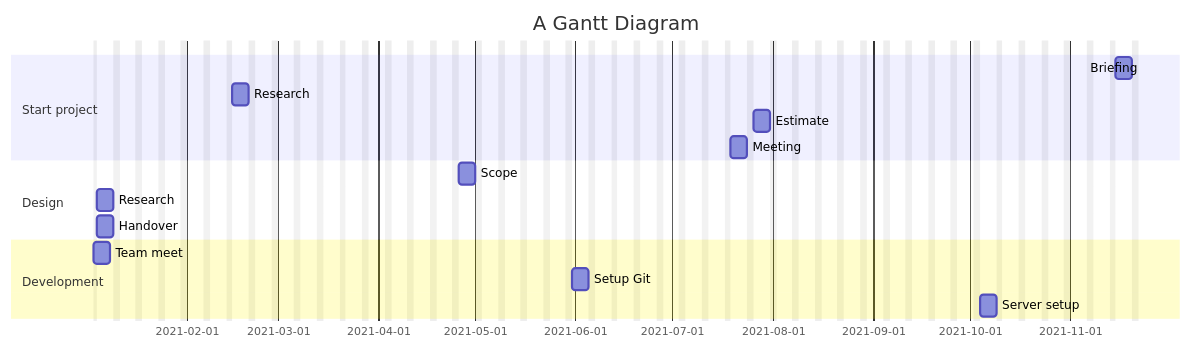
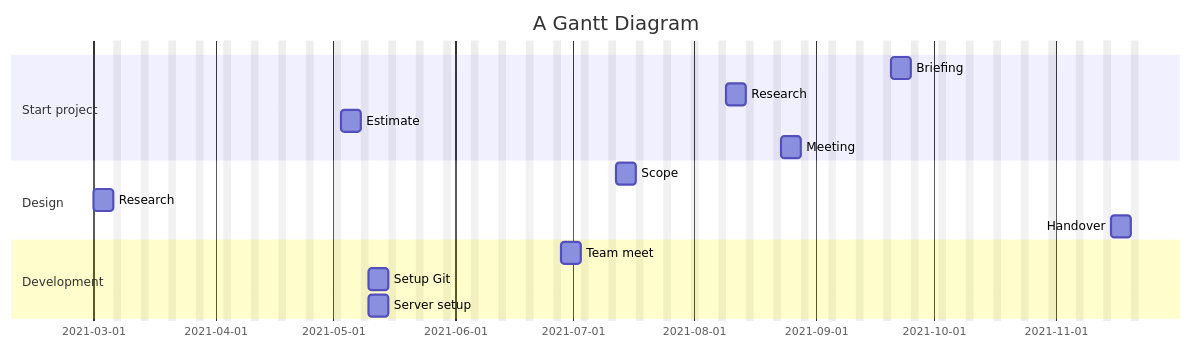
One commit to MatthijsKamstra/fonkee-issues changed the diagram in docs/data/planning_2021.csv.converted.md. Above: the diagram before and after it, drawn with Mermaid. The commit also changed 7 other files, not shown here.

````diff
--- a/docs/data/planning_2021.csv.converted.md
+++ b/docs/data/planning_2021.csv.converted.md
@@ -2,31 +2,31 @@
 ```mermaid
 gantt
 	title A Gantt Diagram
 	dateFormat  YYYY-MM-DD
 	excludes    weekends
 
 	%% section Section
 	%% A task           :a1, 2014-01-01, 30d
 	%% Another task     :after a1  , 20d
 	%% section Another
 	%% Task in sec      :2014-01-12  , 12d
 	%% another task      : 24d
 
 
 	section Start project
-	Briefing		:2021-11-15, 5d
-	Research		:2021-02-15, 5d
-	Estimate		:2021-07-26, 5d
-	Meeting		:2021-07-19, 5d
+	Briefing		:2021-09-20, 5d
+	Research		:2021-08-09, 5d
+	Estimate		:2021-05-03, 5d
+	Meeting		:2021-08-23, 5d
 
 	section Design
-	Scope		:2021-04-26, 5d
-	Research		:2021-01-04, 5d
-	Handover		:2021-01-04, 5d
+	Scope		:2021-07-12, 5d
+	Research		:2021-03-01, 5d
+	Handover		:2021-11-15, 5d
 
 	section Development
-	Team meet		:2021-01-03, 5d
-	Setup Git		:2021-05-31, 5d
-	Server setup		:2021-10-04, 5d
+	Team meet		:2021-06-28, 5d
+	Setup Git		:2021-05-10, 5d
+	Server setup		:2021-05-10, 5d
 
 ```
````
